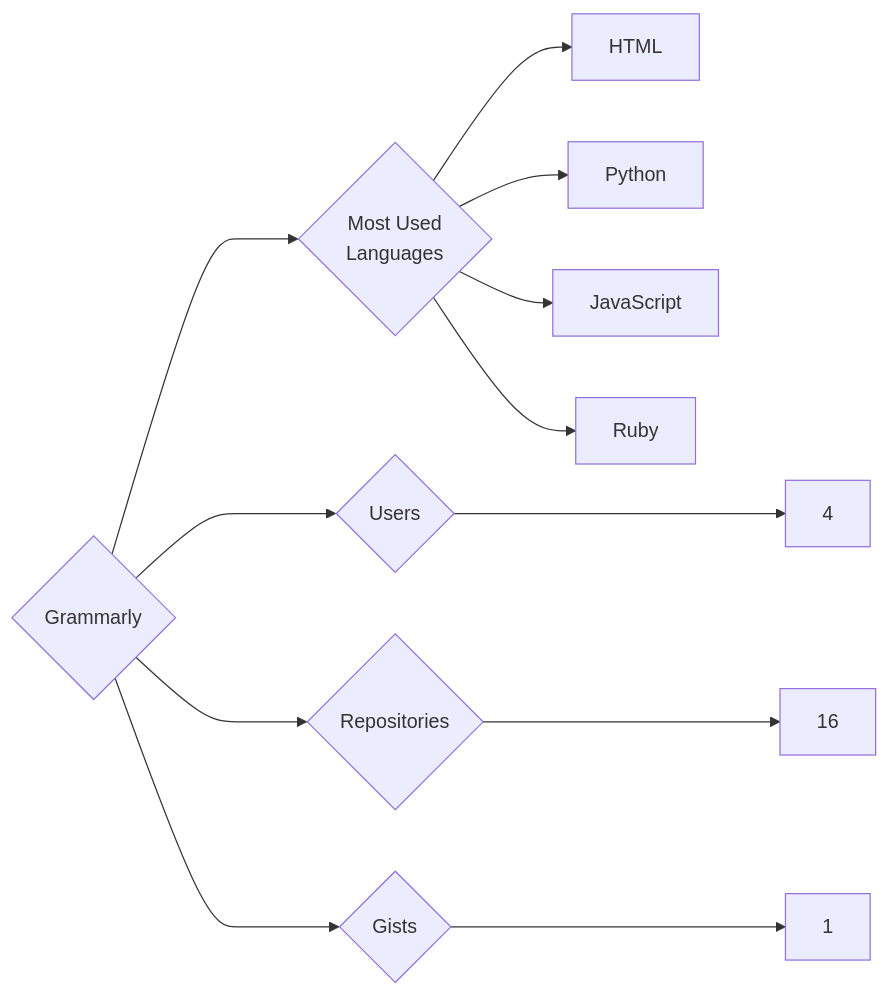
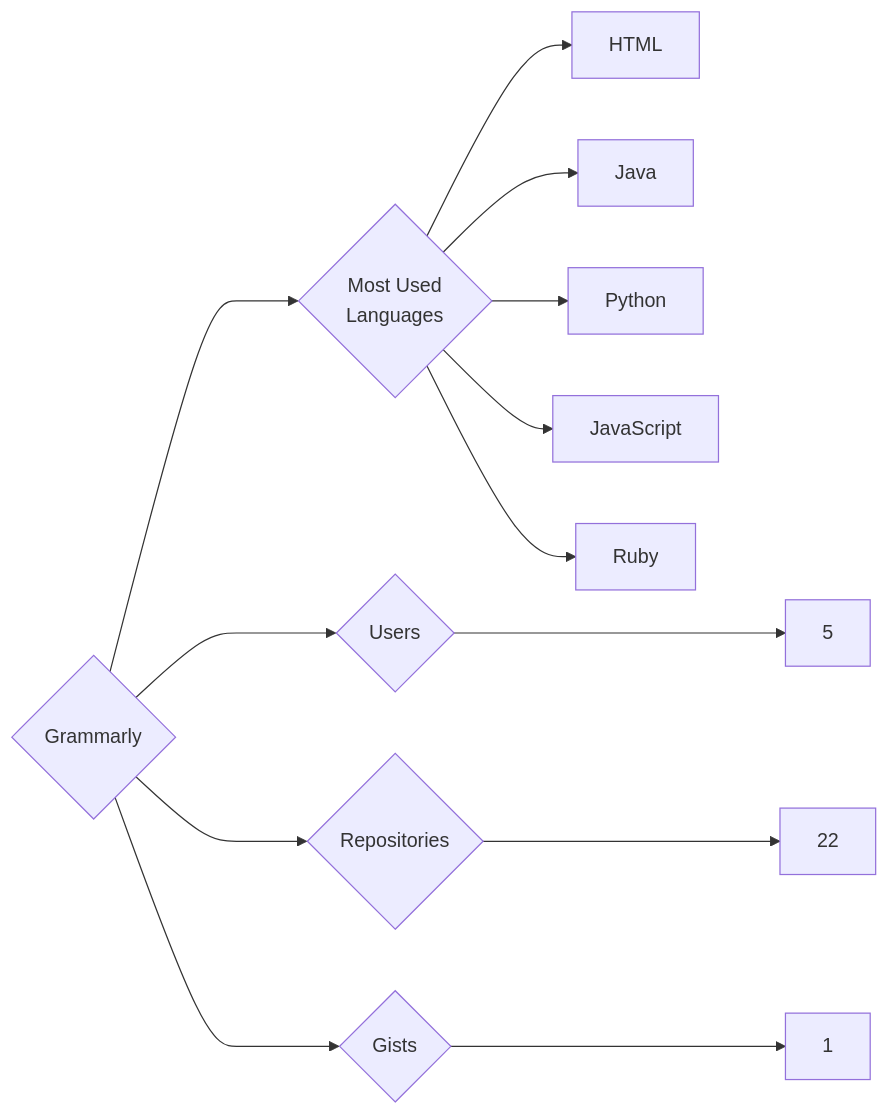
One commit to trickest/insiders changed the diagram in targets/Grammarly/README.md. Above: the diagram before and after it, drawn with Mermaid. The commit also changed 1166 other files, not shown here.

````diff
--- a/targets/Grammarly/README.md
+++ b/targets/Grammarly/README.md
@@ -3,12 +3,13 @@
 ```mermaid
 graph LR
 COMPANY_NAME{Grammarly}
-COMPANY_NAME ---> U{Users} ---> UN[4]
-COMPANY_NAME ---> R{Repositories} ---> RN[16]
+COMPANY_NAME ---> U{Users} ---> UN[5]
+COMPANY_NAME ---> R{Repositories} ---> RN[22]
 COMPANY_NAME ---> G{Gists} ---> GN[1]
 COMPANY_NAME ---> ML{Most Used<br>Languages}
 ML --> HTML[HTML]
+ML --> Java[Java]
 ML --> Python[Python]
 ML --> JavaScript[JavaScript]
 ML --> Ruby[Ruby]
 ```
````
